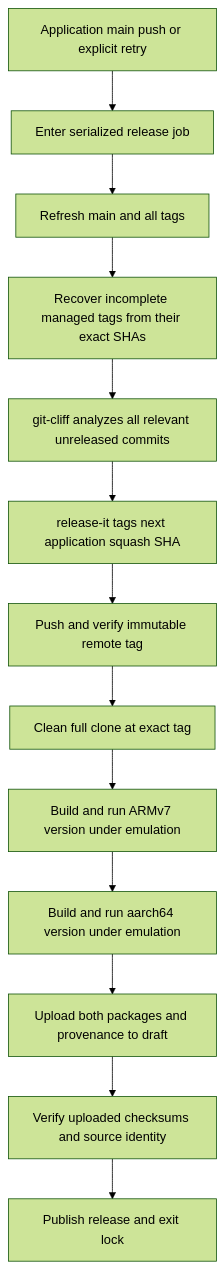
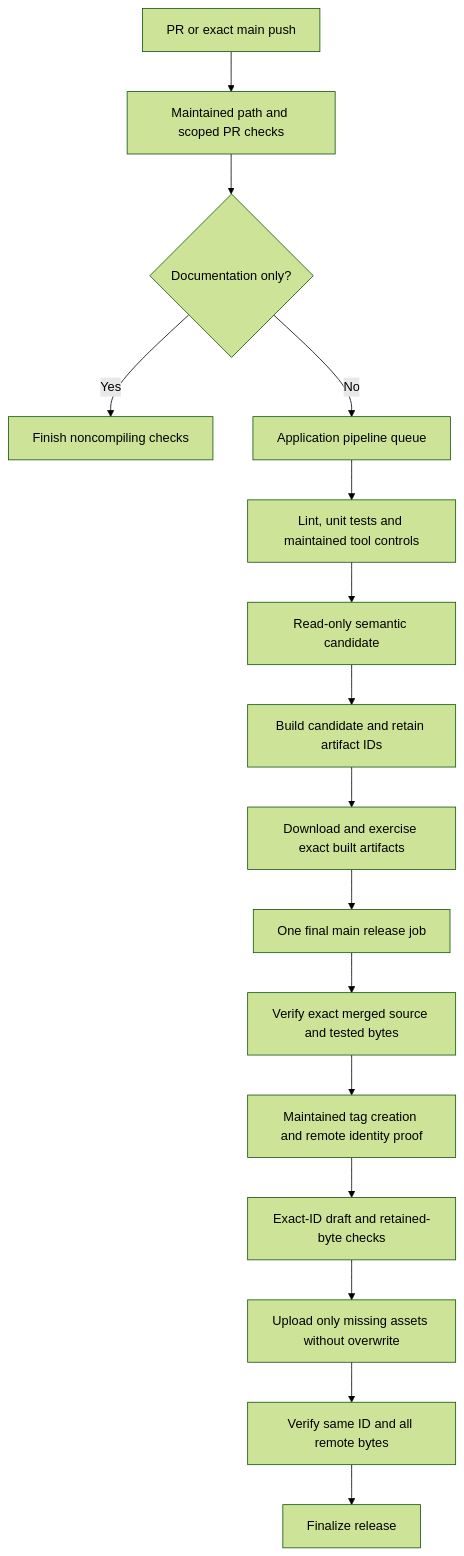
The diagram in docs/WORKFLOW_DIAGRAM.md (s116821/ReMarkableBuddies), drawn with Mermaid (forest theme) before and after one commit. The commit also changed other lines of this file and 41 other files, not shown here.

Commit message:
ci(REM-56): gate releases on verified build artifacts

````diff
--- a/docs/WORKFLOW_DIAGRAM.md
+++ b/docs/WORKFLOW_DIAGRAM.md
@@ -24,15 +3,18 @@
 ```mermaid
 flowchart TD
-  Push[Application main push or explicit retry] --> Lock[Enter serialized release job]
-  Lock --> Fetch[Refresh main and all tags]
-  Fetch --> Recover[Recover incomplete managed tags from their exact SHAs]
-  Recover --> Analyze[git-cliff analyzes all relevant unreleased commits]
-  Analyze --> Tag[release-it tags next application squash SHA]
-  Tag --> Confirm[Push and verify immutable remote tag]
-  Confirm --> Clone[Clean full clone at exact tag]
-  Clone --> RM2[Build and run ARMv7 version under emulation]
-  RM2 --> Pro[Build and run aarch64 version under emulation]
-  Pro --> Draft[Upload both packages and provenance to draft]
-  Draft --> Verify[Verify uploaded checksums and source identity]
-  Verify --> Publish[Publish release and exit lock]
+  Event[PR or exact main push] --> Paths[Maintained path and scoped PR checks]
+  Paths --> Docs{Documentation only?}
+  Docs -->|Yes| Done[Finish noncompiling checks]
+  Docs -->|No| Queue[Application pipeline queue]
+  Queue --> Checks[Lint, unit tests and maintained tool controls]
+  Checks --> Candidate[Read-only semantic candidate]
+  Candidate --> Build[Build candidate and retain artifact IDs]
+  Build --> Integration[Download and exercise exact built artifacts]
+  Integration --> Release[One final main release job]
+  Release --> Proof[Verify exact merged source and tested bytes]
+  Proof --> Tag[Maintained tag creation and remote identity proof]
+  Tag --> Draft[Exact-ID draft and retained-byte checks]
+  Draft --> Missing[Upload only missing assets without overwrite]
+  Missing --> Complete[Verify same ID and all remote bytes]
+  Complete --> Publish[Finalize release]
 ```
````
